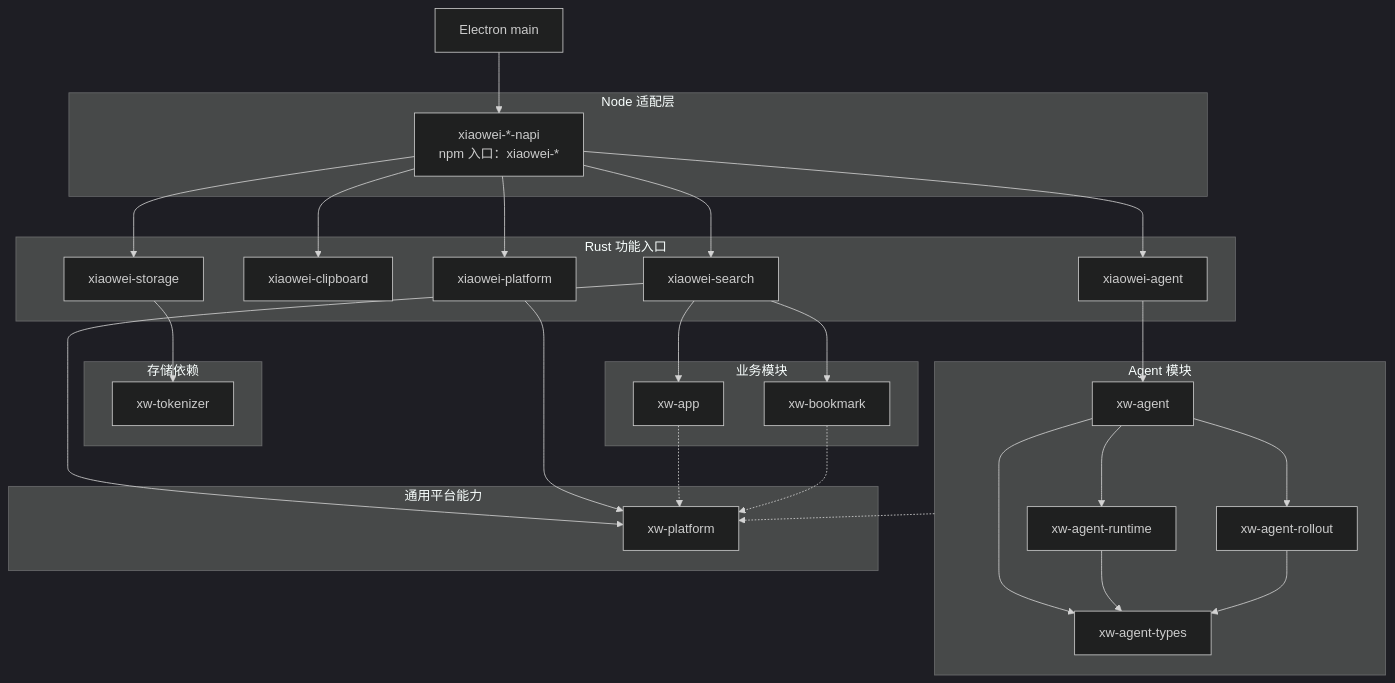
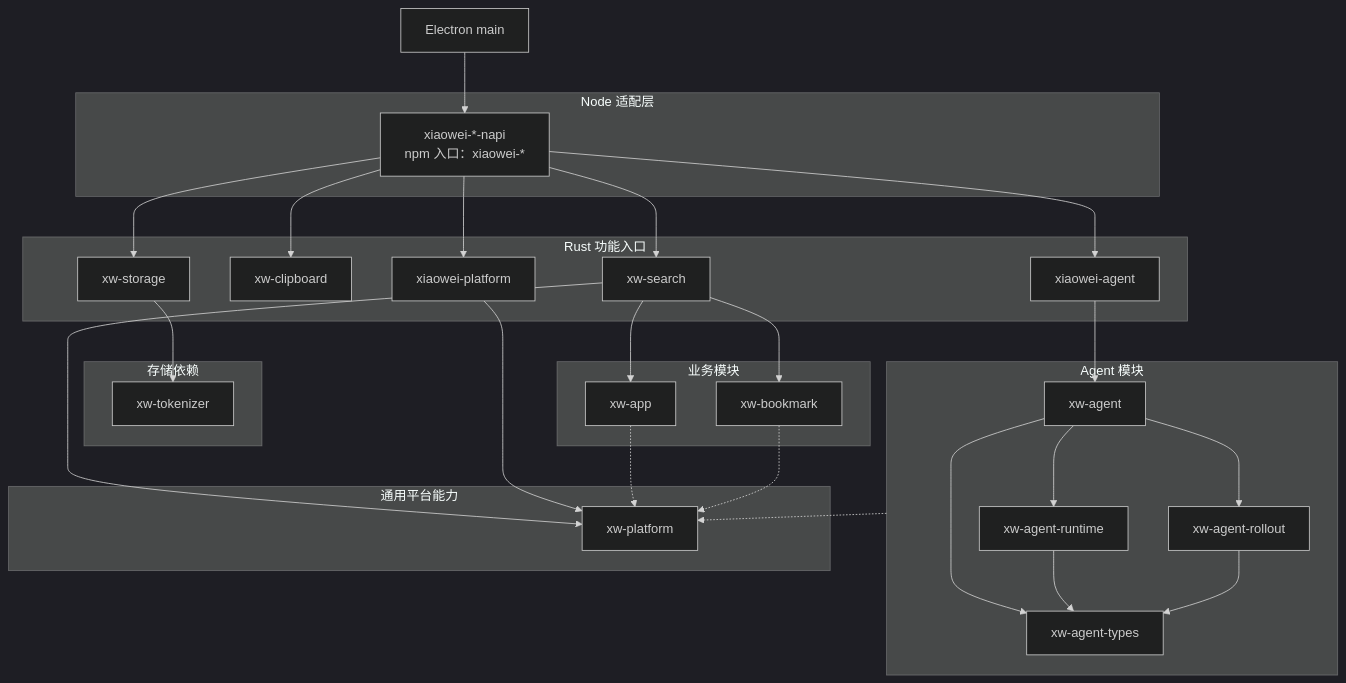
The diagram in docs/workspace.md (tctony-labs/xiaowei), drawn with Mermaid (dark theme) before and after one commit. The commit also changed other lines of this file and 72 other files, not shown here.

Commit message:
refactor: rename internal search clipboard and storage Rust crates

````diff
--- a/docs/workspace.md
+++ b/docs/workspace.md
@@ -37,60 +37,60 @@
 ```mermaid
 flowchart TB
     Main["Electron main"]
 
     subgraph NodeLayer["Node 适配层"]
         Napi["xiaowei-*-napi<br/>npm 入口：xiaowei-*"]
     end
 
     subgraph FeatureLayer["Rust 功能入口"]
-        Search["xiaowei-search"]
-        Clipboard["xiaowei-clipboard"]
-        Storage["xiaowei-storage"]
+        Search["xw-search"]
+        Clipboard["xw-clipboard"]
+        Storage["xw-storage"]
         Agent["xiaowei-agent"]
         Platform["xiaowei-platform"]
     end
 
     subgraph BusinessLayer["业务模块"]
         Apps["xw-app"]
         Bookmarks["xw-bookmark"]
     end
 
     subgraph StorageLayer["存储依赖"]
         Tokenizer["xw-tokenizer"]
     end
 
     subgraph AgentLayer["Agent 模块"]
         AgentCore["xw-agent"]
         Runtime["xw-agent-runtime"]
         Rollout["xw-agent-rollout"]
         Types["xw-agent-types"]
     end
 
     subgraph PlatformLayer["通用平台能力"]
         PlatformCore["xw-platform"]
     end
 
     Main --> Napi
     Napi --> Search
     Napi --> Clipboard
     Napi --> Storage
     Napi --> Agent
     Napi --> Platform
 
     Search --> Apps
     Search --> Bookmarks
     Search --> PlatformCore
     Storage --> Tokenizer
     Agent --> AgentCore
     Platform --> PlatformCore
 
     AgentCore --> Runtime
     AgentCore --> Rollout
     AgentCore --> Types
     Runtime --> Types
     Rollout --> Types
 
     AgentLayer -.-> PlatformCore
     Apps -.-> PlatformCore
     Bookmarks -.-> PlatformCore
 ```
````
